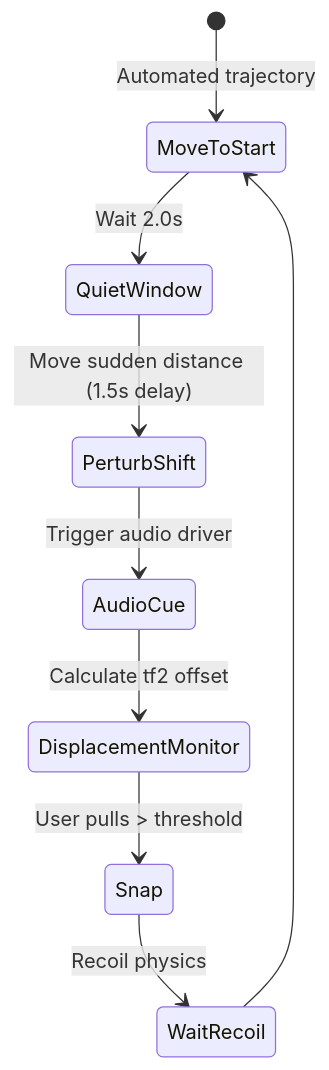
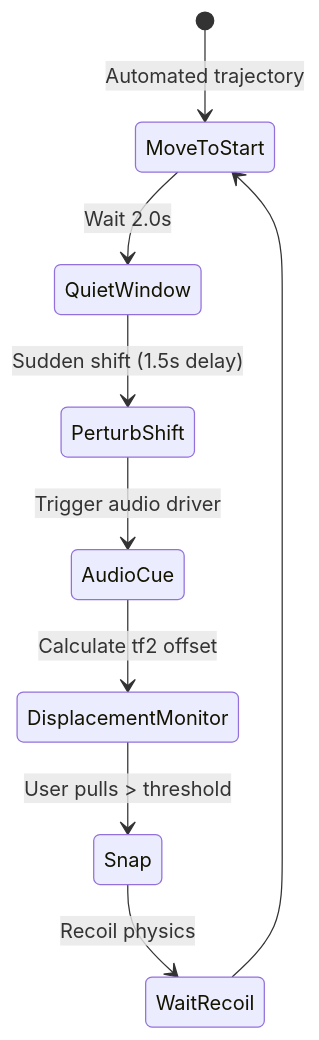
The fifth of 5 diagrams in README.md (sinthlab/sinthlab-kuka-stack), drawn with Mermaid before and after one commit. The commit also changed other lines of this file, not shown here.

````diff
--- a/README.md
+++ b/README.md
@@ -187,11 +330,11 @@
 ```mermaid
 stateDiagram-v2
     [*] --> MoveToStart : Automated trajectory
     MoveToStart --> QuietWindow : Wait 2.0s
-    QuietWindow --> PerturbShift : Move sudden distance (1.5s delay)
+    QuietWindow --> PerturbShift : Sudden shift (1.5s delay)
     PerturbShift --> AudioCue : Trigger audio driver
     AudioCue --> DisplacementMonitor : Calculate tf2 offset
     DisplacementMonitor --> Snap : User pulls > threshold
     Snap --> WaitRecoil : Recoil physics
     WaitRecoil --> MoveToStart
 ```
````
